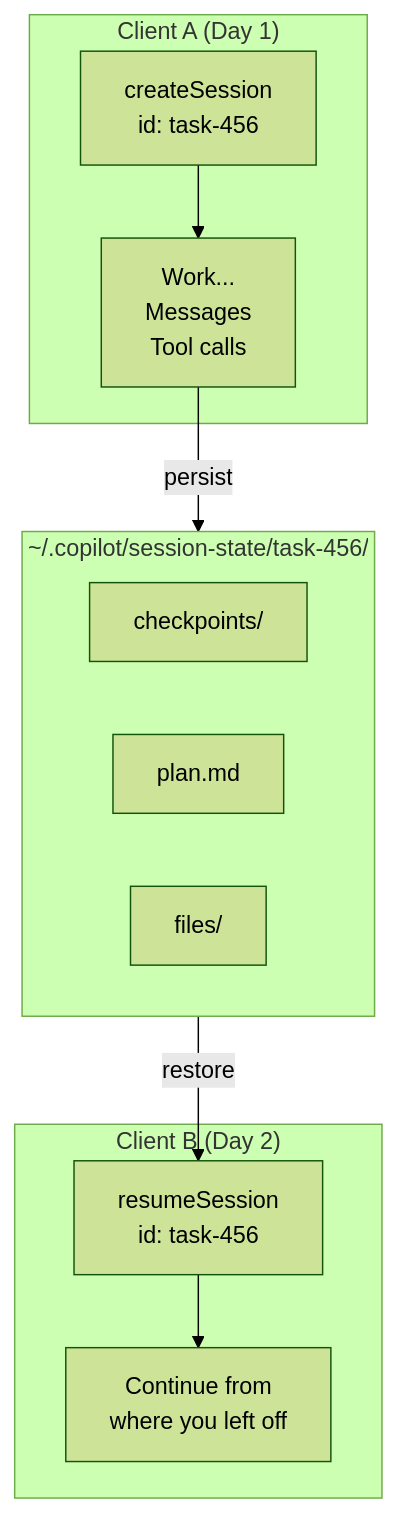
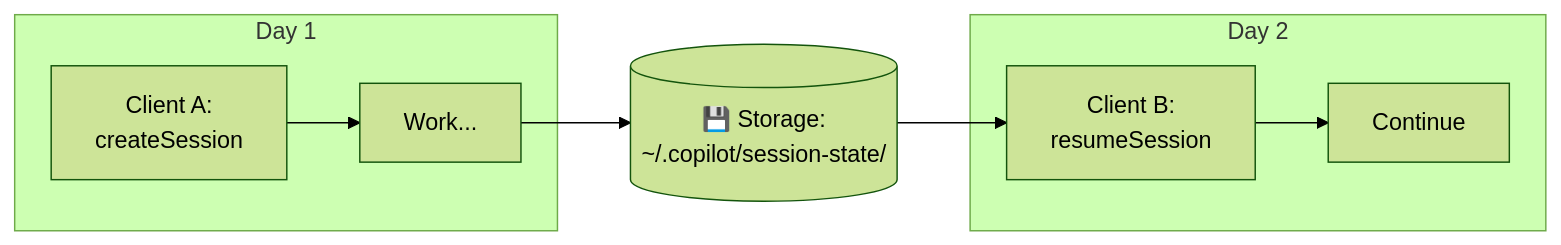
One commit to javiormeow/copilot-sdk changed the second of 6 diagrams in docs/guides/session-persistence.md. Above: the diagram before and after it, drawn with Mermaid (forest theme). The commit also changed other lines of this file, not shown here.

First line of the commit message:
Improve Mermaid diagrams: horizontal layout, cleaner colors

````diff
--- a/docs/guides/session-persistence.md
+++ b/docs/guides/session-persistence.md
@@ -113,19 +106,13 @@
 ```mermaid
-flowchart TB
-    subgraph Day1["Client A (Day 1)"]
-        A1[createSession<br/>id: task-456] --> A2[Work...<br/>Messages<br/>Tool calls]
+flowchart LR
+    subgraph Day1["Day 1"]
+        A1[Client A:<br/>createSession] --> A2[Work...]
     end
     
-    subgraph Day2["Client B (Day 2)"]
-        B1[resumeSession<br/>id: task-456] --> B2[Continue from<br/>where you left off]
+    A2 --> S[(💾 Storage:<br/>~/.copilot/session-state/)]
+    S --> B1
+    
+    subgraph Day2["Day 2"]
+        B1[Client B:<br/>resumeSession] --> B2[Continue]
     end
-    
-    subgraph Storage["~/.copilot/session-state/task-456/"]
-        S1[checkpoints/]
-        S2[plan.md]
-        S3[files/]
-    end
-    
-    A2 --> |"persist"| Storage
-    Storage --> |"restore"| B1
 ```
````
